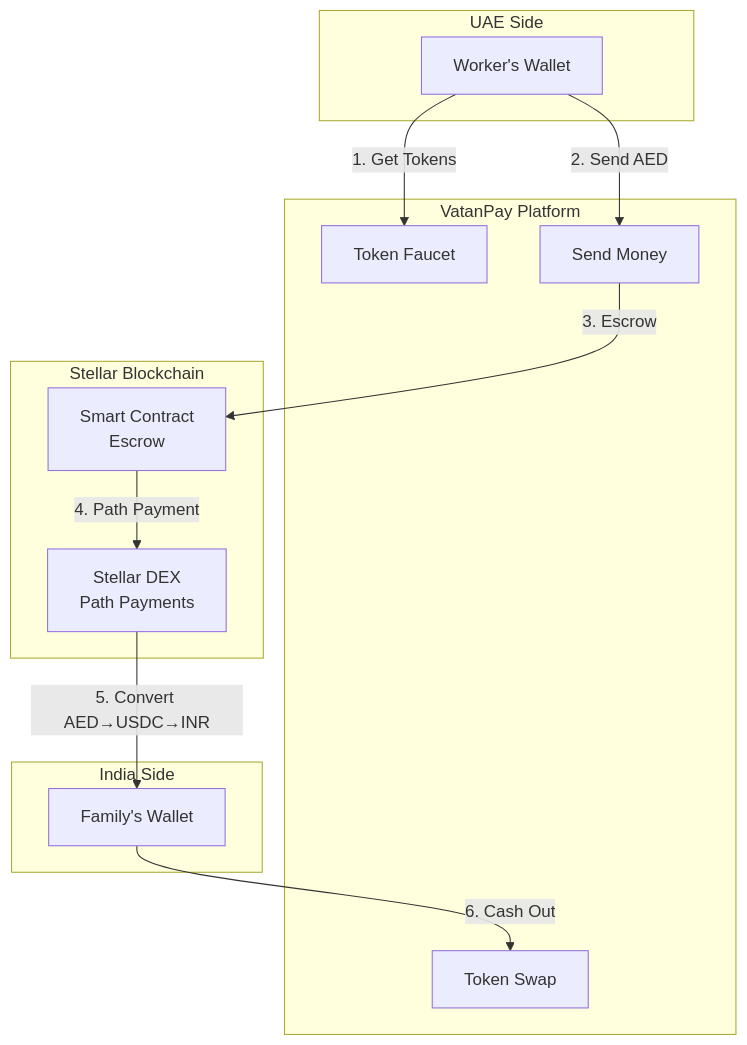
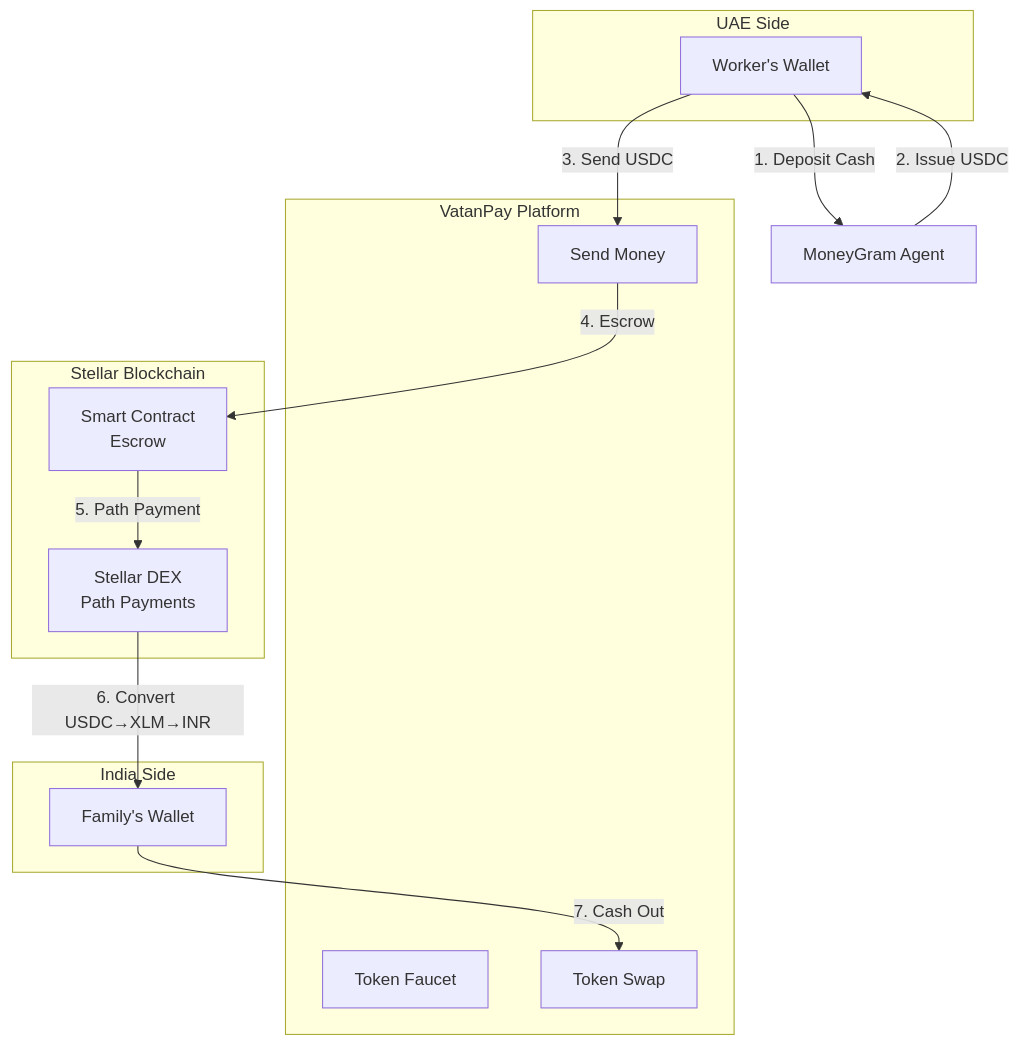
The first of 2 diagrams in README.md (Nihal-Pandey-2302/VatanPay), drawn with Mermaid before and after one commit. The commit also changed other lines of this file and 13 other files, not shown here.

Commit message:
feat: VatanPay 2.0 - MoneyGram + USDC Integration MVP

````diff
--- a/README.md
+++ b/README.md
@@ -100,28 +117,29 @@
 ```mermaid
 graph TB
     subgraph "UAE Side"
         Worker[Worker's Wallet]
     end
 
     subgraph "VatanPay Platform"
         Faucet[Token Faucet]
         SendPage[Send Money]
         Swap[Token Swap]
     end
 
     subgraph "Stellar Blockchain"
         SC[Smart Contract<br/>Escrow]
         DEX[Stellar DEX<br/>Path Payments]
     end
 
     subgraph "India Side"
         Recipient[Family's Wallet]
     end
 
-    Worker -->|1. Get Tokens| Faucet
-    Worker -->|2. Send AED| SendPage
-    SendPage -->|3. Escrow| SC
-    SC -->|4. Path Payment| DEX
-    DEX -->|5. Convert AED→USDC→INR| Recipient
-    Recipient -->|6. Cash Out| Swap
+    Worker -->|1. Deposit Cash| MoneyGram[MoneyGram Agent]
+    MoneyGram -->|2. Issue USDC| Worker
+    Worker -->|3. Send USDC| SendPage
+    SendPage -->|4. Escrow| SC
+    SC -->|5. Path Payment| DEX
+    DEX -->|6. Convert USDC→XLM→INR| Recipient
+    Recipient -->|7. Cash Out| Swap
 ```
````
